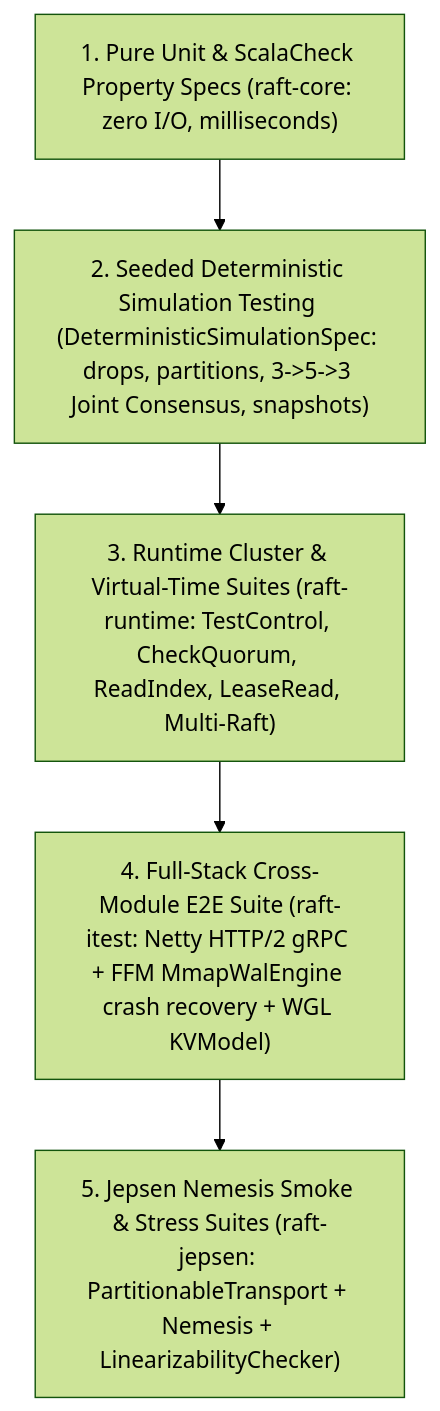
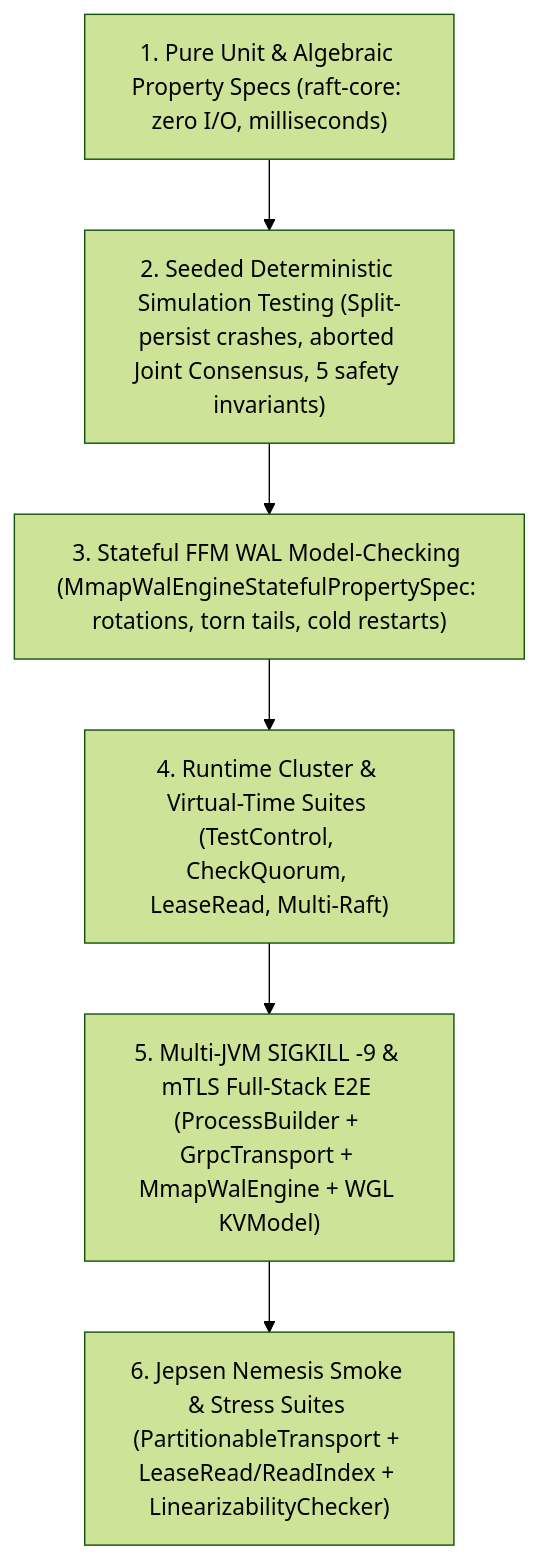
The fourth of 4 diagrams in docs/book/20-jepsen-verification.md (bmscomp/raft), drawn with Mermaid (forest theme) before and after one commit. The commit also changed other lines of this file and 13 other files, not shown here.

Commit message:
test(core,storage-mmap,jepsen,itest): Phase 5 — Split-Persist DST, Stateful FFM WAL Model, Multi-JVM SIGKILL E2E & 88% Coverage Gate

````diff
--- a/docs/book/20-jepsen-verification.md
+++ b/docs/book/20-jepsen-verification.md
@@ -128,13 +150,15 @@
 ```mermaid
 flowchart TD
-    L1["1. Pure Unit & ScalaCheck Property Specs (raft-core: zero I/O, milliseconds)"]
-    L2["2. Seeded Deterministic Simulation Testing (DeterministicSimulationSpec: drops, partitions, 3->5->3 Joint Consensus, snapshots)"]
-    L3["3. Runtime Cluster & Virtual-Time Suites (raft-runtime: TestControl, CheckQuorum, ReadIndex, LeaseRead, Multi-Raft)"]
-    L4["4. Full-Stack Cross-Module E2E Suite (raft-itest: Netty HTTP/2 gRPC + FFM MmapWalEngine crash recovery + WGL KVModel)"]
-    L5["5. Jepsen Nemesis Smoke & Stress Suites (raft-jepsen: PartitionableTransport + Nemesis + LinearizabilityChecker)"]
+    L1["1. Pure Unit & Algebraic Property Specs (raft-core: zero I/O, milliseconds)"]
+    L2["2. Seeded Deterministic Simulation Testing (Split-persist crashes, aborted Joint Consensus, 5 safety invariants)"]
+    L3["3. Stateful FFM WAL Model-Checking (MmapWalEngineStatefulPropertySpec: rotations, torn tails, cold restarts)"]
+    L4["4. Runtime Cluster & Virtual-Time Suites (TestControl, CheckQuorum, LeaseRead, Multi-Raft)"]
+    L5["5. Multi-JVM SIGKILL -9 & mTLS Full-Stack E2E (ProcessBuilder + GrpcTransport + MmapWalEngine + WGL KVModel)"]
+    L6["6. Jepsen Nemesis Smoke & Stress Suites (PartitionableTransport + LeaseRead/ReadIndex + LinearizabilityChecker)"]
 
     L1 --> L2
     L2 --> L3
     L3 --> L4
     L4 --> L5
+    L5 --> L6
 ```
````
